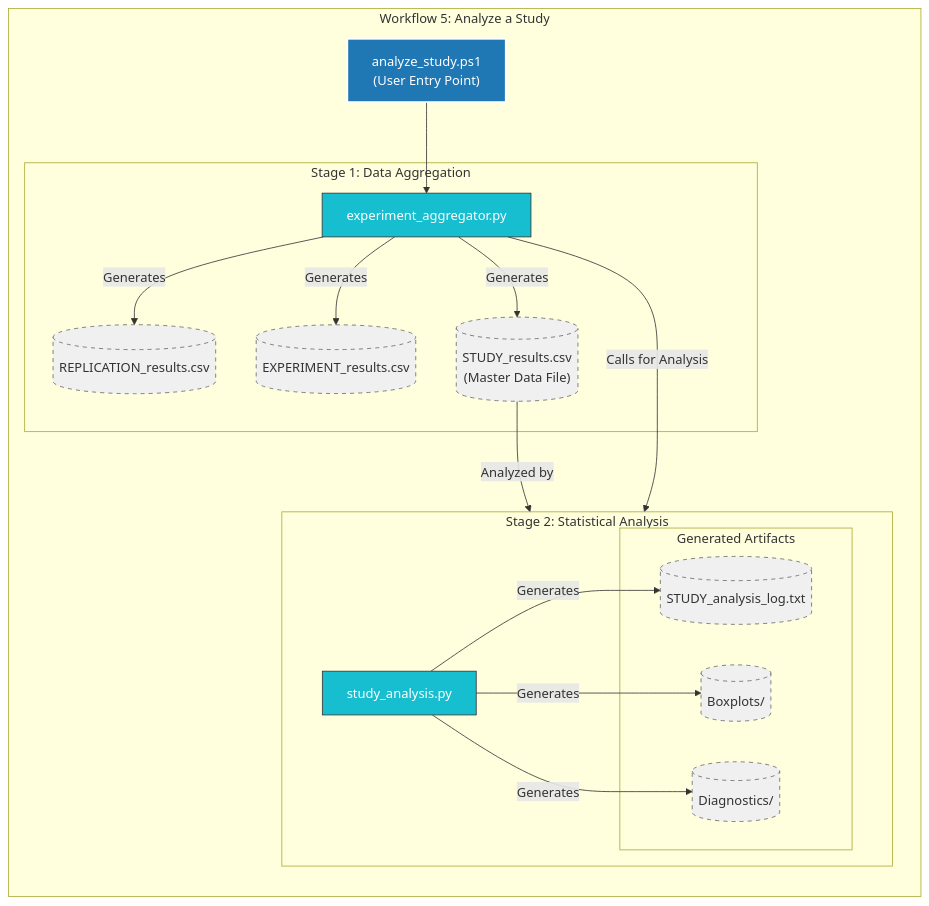
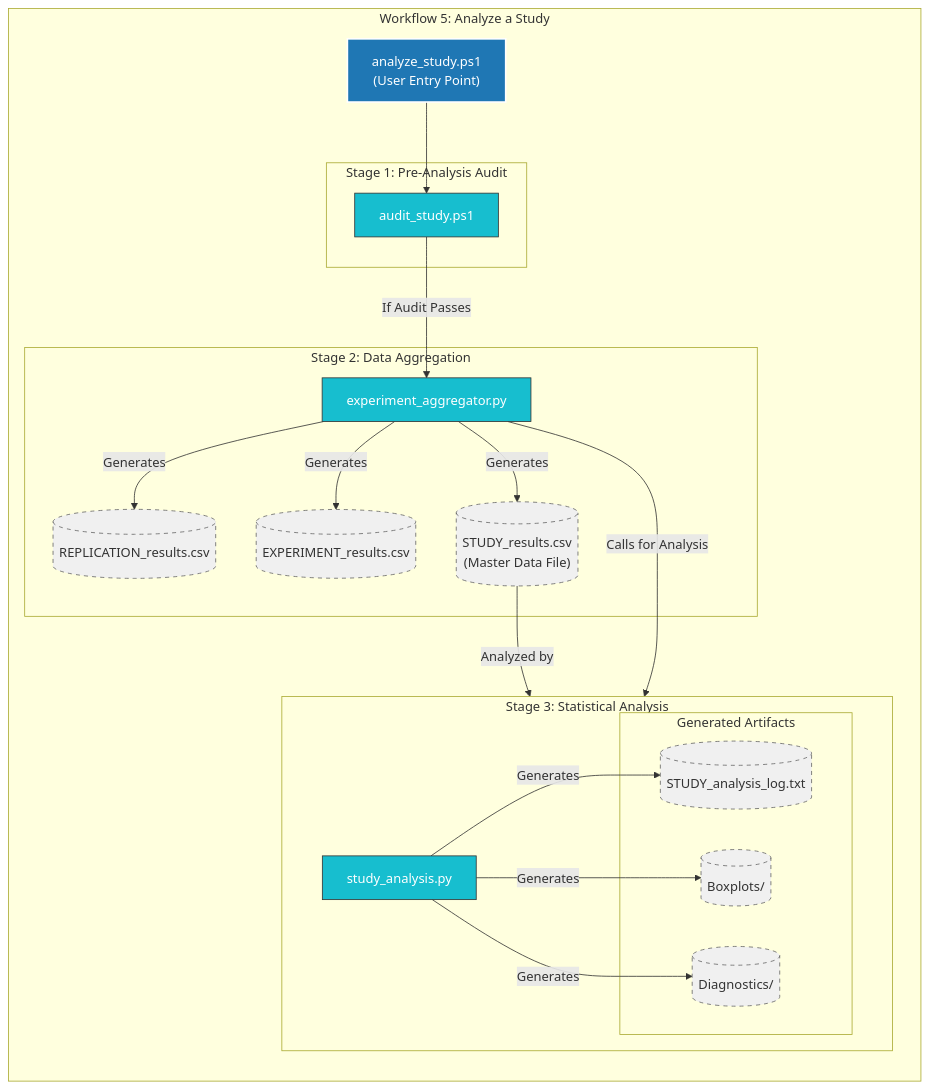
Before and after one commit to peterjmarko/llm-narrative-framework: the diagram in docs/diagrams/architecture_workflow_5_analyze_study.mmd, drawn with Mermaid. The commit also changed 8 other files, not shown here.

First line of the commit message:
fix(audit): ensure robust pre-analysis validation

```diff
--- a/docs/diagrams/architecture_workflow_5_analyze_study.mmd
+++ b/docs/diagrams/architecture_workflow_5_analyze_study.mmd
@@ -1,39 +1,44 @@
 graph TD;
 
     %% --- Style Definitions (Based on Original Palette) ---
     classDef WorkflowEntry fill:#1f77b4,stroke:#fff,stroke-width:2px,color:#fff;
     classDef Analysis fill:#17becf,stroke:#333,stroke-width:1px,color:#fff;
     classDef DataArtifact fill:#f0f0f0,stroke:#666,stroke-width:1px,stroke-dasharray: 5 5,color:#333;
 
     %% === Nodes for Workflow 5: Analyze a Study ===
     analyze_study_ps["analyze_study.ps1<br/>(User Entry Point)"]:::WorkflowEntry;
     
     subgraph "Workflow 5: Analyze a Study"
         direction TB
-        analyze_study_ps
-        subgraph "Stage 1: Data Aggregation"
+        
+        subgraph "Stage 1: Pre-Analysis Audit"
+            audit_study_ps["audit_study.ps1"]:::Analysis;
+        end
+
+        subgraph "Stage 2: Data Aggregation"
             aggregator["experiment_aggregator.py"]:::Analysis;
             data_repl_csv[("REPLICATION_results.csv")]:::DataArtifact;
             data_exp_csv[("EXPERIMENT_results.csv")]:::DataArtifact;
             data_study_csv[("STUDY_results.csv<br/>(Master Data File)")]:::DataArtifact;
         end
         
-        subgraph "Stage 2: Statistical Analysis"
+        subgraph "Stage 3: Statistical Analysis"
             direction LR
             study_analyzer["study_analysis.py"]:::Analysis;
             subgraph "Generated Artifacts"
                 log_file[("STUDY_analysis_log.txt")]:::DataArtifact;
                 boxplots_dir[("Boxplots/")]:::DataArtifact;
                 diag_plots_dir[("Diagnostics/")]:::DataArtifact;
             end
         end
 
         %% === Connections ===
-        analyze_study_ps --> aggregator;
+        analyze_study_ps --> audit_study_ps;
+        audit_study_ps -- "If Audit Passes" --> aggregator;
         aggregator -->|Generates| data_repl_csv;
         aggregator -->|Generates| data_exp_csv;
         aggregator -->|Generates| data_study_csv;
         data_study_csv -->|Analyzed by| study_analyzer;
         aggregator -->|Calls for Analysis| study_analyzer;
         study_analyzer -->|Generates| log_file & boxplots_dir & diag_plots_dir;
     end
```
